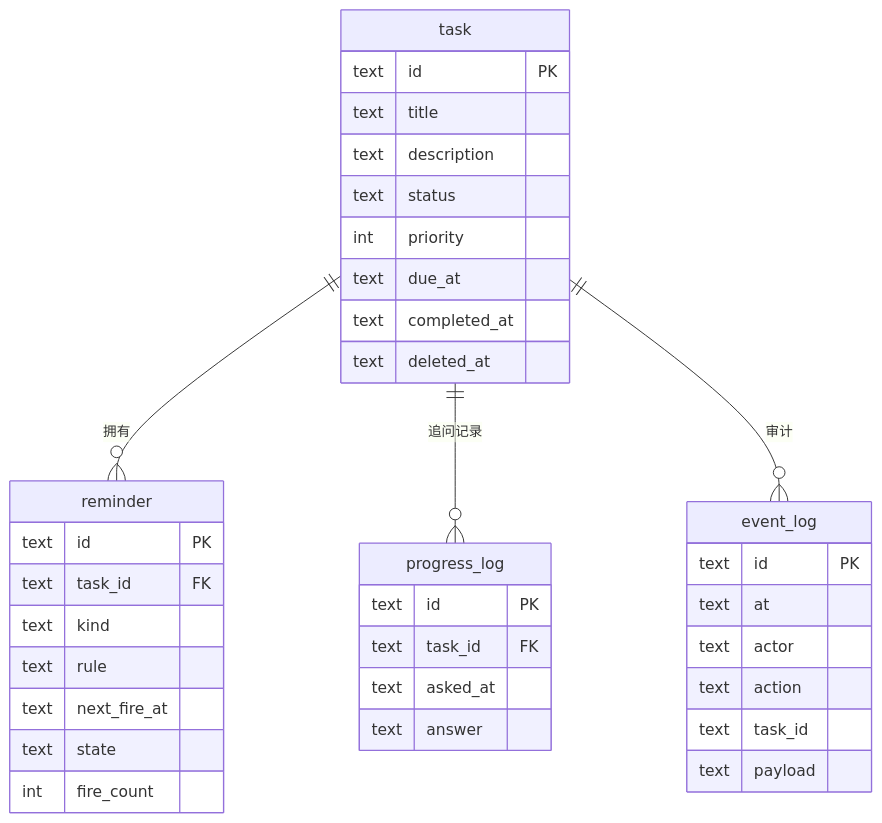
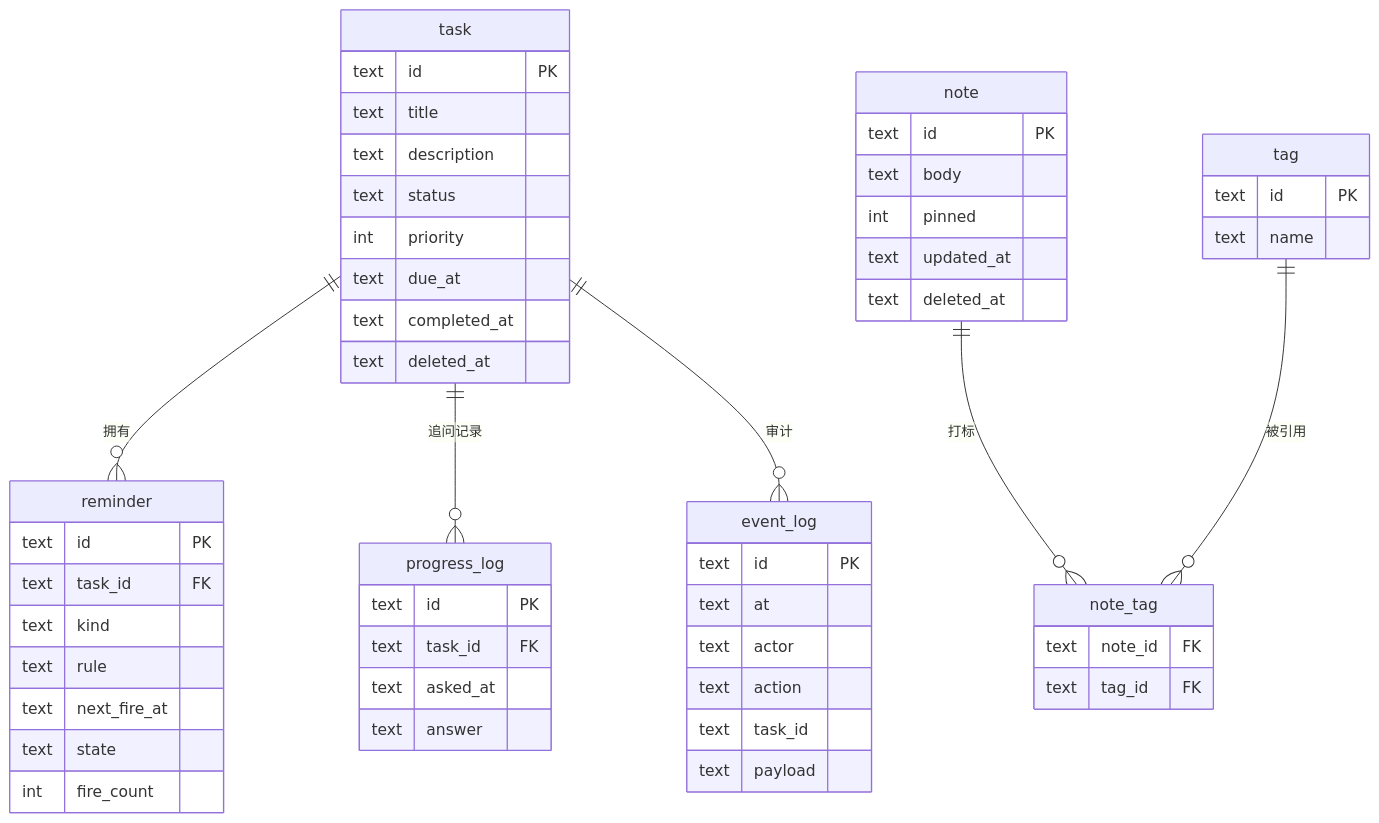
The diagram in docs/03-data-and-mcp-contract.md (lSpikeSpiegel/whale-reminder), drawn with Mermaid before and after one commit. The commit also changed other lines of this file and 186 other files, not shown here.

````diff
--- a/docs/03-data-and-mcp-contract.md
+++ b/docs/03-data-and-mcp-contract.md
@@ -23,40 +23,57 @@
 ```mermaid
 erDiagram
     task ||--o{ reminder : "拥有"
     task ||--o{ progress_log : "追问记录"
     task ||--o{ event_log : "审计"
 
     task {
         text id PK
         text title
         text description
         text status
         int  priority
         text due_at
         text completed_at
         text deleted_at
     }
     reminder {
         text id PK
         text task_id FK
         text kind
         text rule
         text next_fire_at
         text state
         int  fire_count
     }
     progress_log {
         text id PK
         text task_id FK
         text asked_at
         text answer
     }
     event_log {
         text id PK
         text at
         text actor
         text action
         text task_id
         text payload
     }
+    note {
+        text id PK
+        text body
+        int  pinned
+        text updated_at
+        text deleted_at
+    }
+    tag {
+        text id PK
+        text name
+    }
+    note ||--o{ note_tag : "打标"
+    tag  ||--o{ note_tag : "被引用"
+    note_tag {
+        text note_id FK
+        text tag_id FK
+    }
 ```
````
